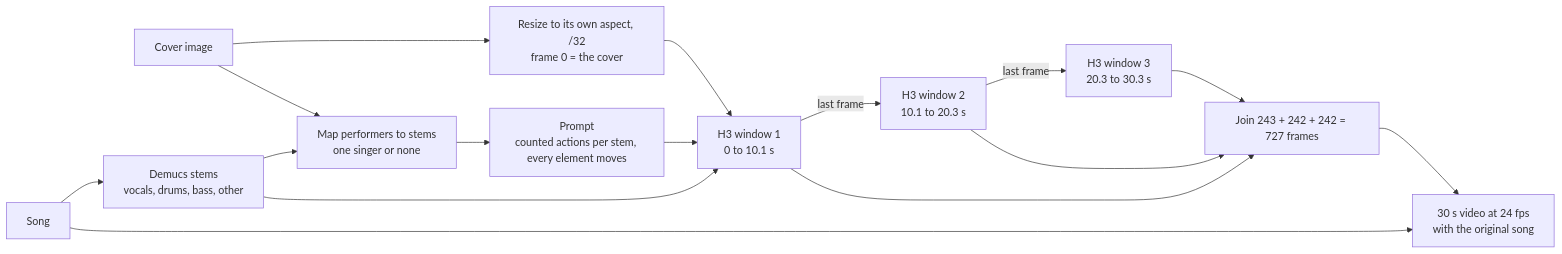
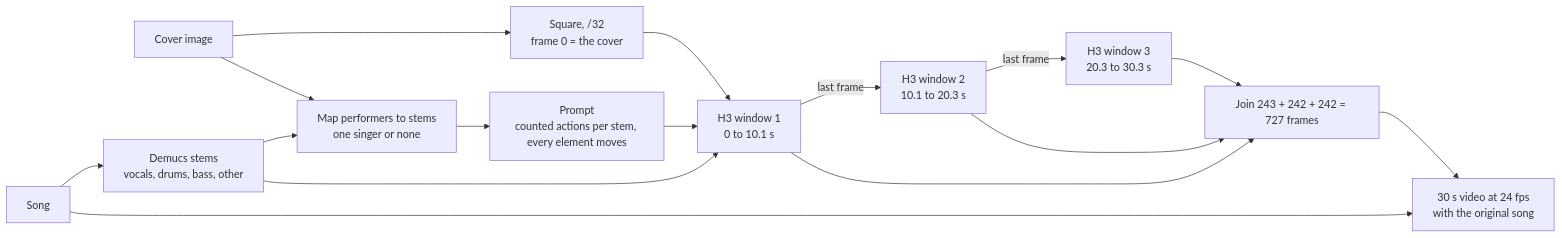
Before and after one commit to ronrauch/GenKwanDo: the diagram in examples/genkwando-30s/README.md, drawn with Mermaid. The commit also changed other lines of this file and 8 other files, not shown here.

````diff
--- a/examples/genkwando-30s/README.md
+++ b/examples/genkwando-30s/README.md
@@ -29,18 +27,18 @@
 ```mermaid
 flowchart LR
-  A[Cover image] --> R[Resize to its own aspect, /32<br/>frame 0 = the cover]
+  A[Cover image] --> R[Square, /32<br/>frame 0 = the cover]
   S[Song] --> D[Demucs stems<br/>vocals, drums, bass, other]
   A --> M[Map performers to stems<br/>one singer or none]
   D --> M
   M --> P[Prompt<br/>counted actions per stem, every element moves]
   R --> W1[H3 window 1<br/>0 to 10.1 s]
   D --> W1
   P --> W1
   W1 -- last frame --> W2[H3 window 2<br/>10.1 to 20.3 s]
   W2 -- last frame --> W3[H3 window 3<br/>20.3 to 30.3 s]
   W1 --> J[Join 243 + 242 + 242 = 727 frames]
   W2 --> J
   W3 --> J
   S --> O[30 s video at 24 fps<br/>with the original song]
   J --> O
 ```
````
